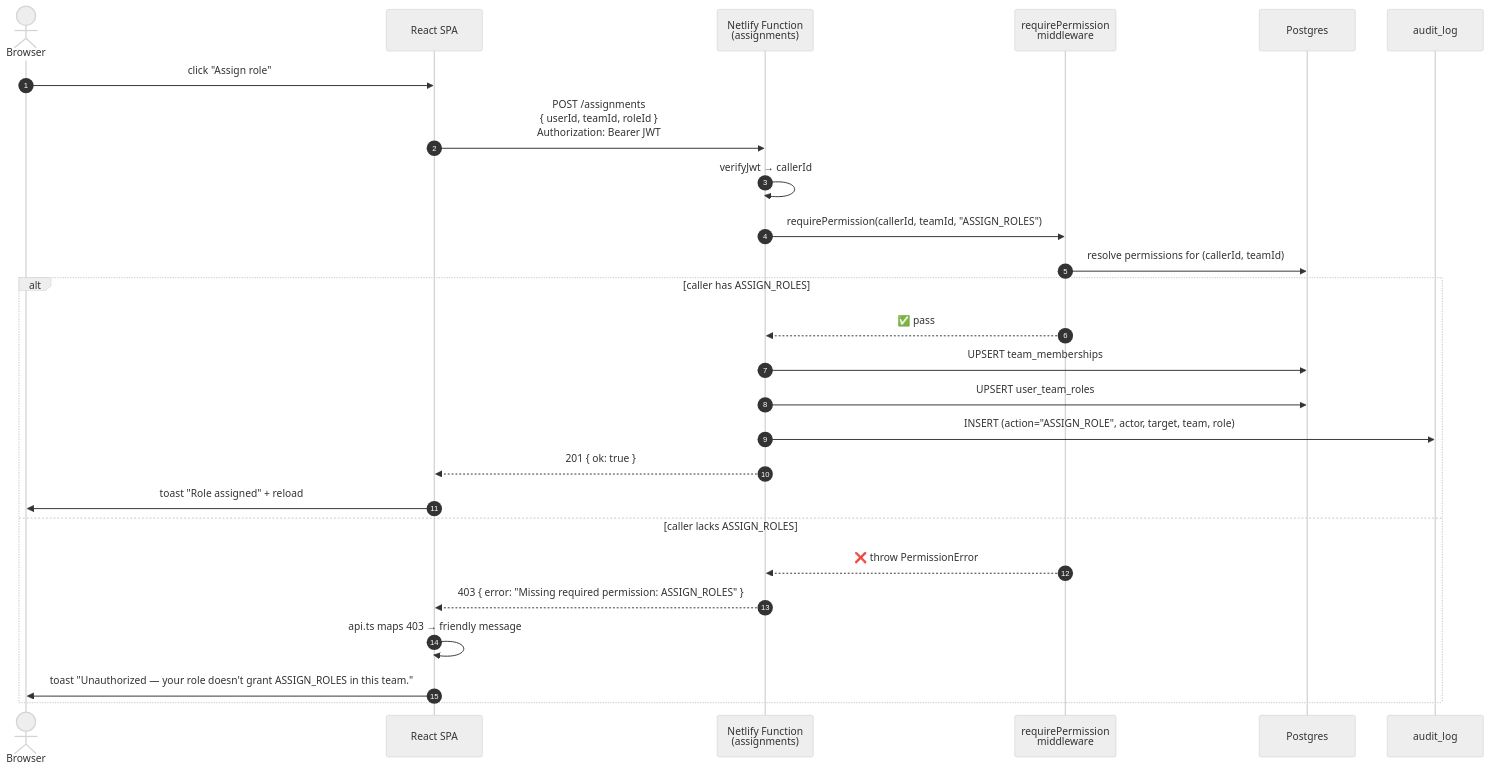
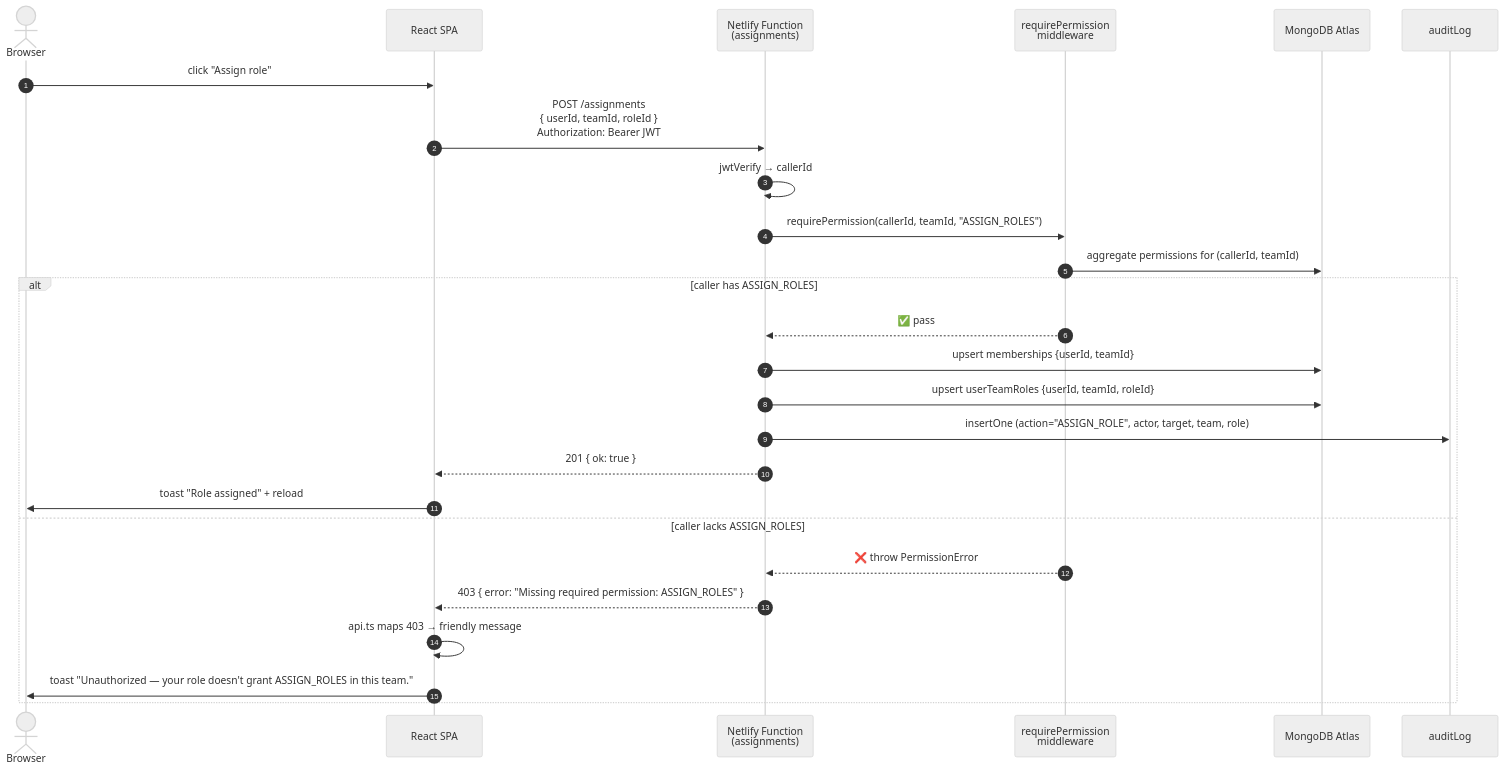
One commit to Twist-Turn/tech-Assessment changed the third of 3 diagrams in README.md. Above: the diagram before and after it, drawn with Mermaid (neutral theme). The commit also changed other lines of this file and 32 other files, not shown here.

````diff
--- a/README.md
+++ b/README.md
@@ -174,30 +168,30 @@
 ```mermaid
 sequenceDiagram
     autonumber
     actor Browser
     participant SPA as React SPA
     participant Fn as Netlify Function<br/>(assignments)
     participant Mw as requirePermission<br/>middleware
-    participant DB as Postgres
-    participant Audit as audit_log
+    participant DB as MongoDB Atlas
+    participant Audit as auditLog
 
     Browser->>SPA: click "Assign role"
     SPA->>Fn: POST /assignments<br/>{ userId, teamId, roleId }<br/>Authorization: Bearer JWT
-    Fn->>Fn: verifyJwt → callerId
+    Fn->>Fn: jwtVerify → callerId
     Fn->>Mw: requirePermission(callerId, teamId, "ASSIGN_ROLES")
-    Mw->>DB: resolve permissions for (callerId, teamId)
+    Mw->>DB: aggregate permissions for (callerId, teamId)
 
     alt caller has ASSIGN_ROLES
         Mw-->>Fn: ✅ pass
-        Fn->>DB: UPSERT team_memberships
-        Fn->>DB: UPSERT user_team_roles
-        Fn->>Audit: INSERT (action="ASSIGN_ROLE", actor, target, team, role)
+        Fn->>DB: upsert memberships {userId, teamId}
+        Fn->>DB: upsert userTeamRoles {userId, teamId, roleId}
+        Fn->>Audit: insertOne (action="ASSIGN_ROLE", actor, target, team, role)
         Fn-->>SPA: 201 { ok: true }
         SPA->>Browser: toast "Role assigned" + reload
     else caller lacks ASSIGN_ROLES
         Mw-->>Fn: ❌ throw PermissionError
         Fn-->>SPA: 403 { error: "Missing required permission: ASSIGN_ROLES" }
         SPA->>SPA: api.ts maps 403 → friendly message
         SPA->>Browser: toast "Unauthorized — your role doesn't grant ASSIGN_ROLES in this team."
     end
 ```
````
